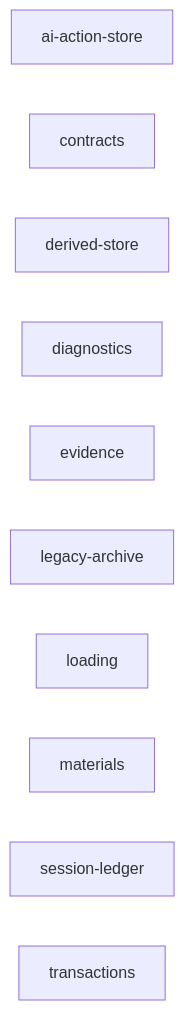
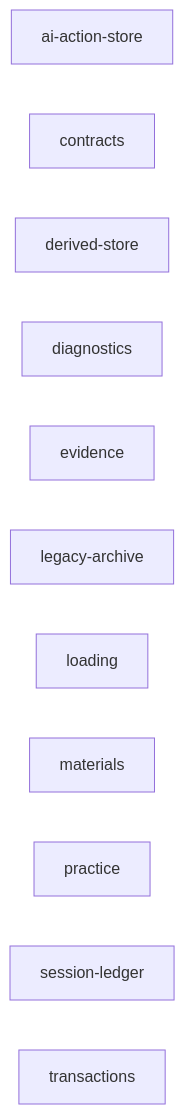
Before and after one commit to Aram164/LearningOS: the sixth of 7 diagrams in system/developer/C4.md, drawn with Mermaid. The commit also changed other lines of this file and 62 other files, not shown here.

````diff
--- a/system/developer/C4.md
+++ b/system/developer/C4.md
@@ -97,13 +97,14 @@
 ```mermaid
 flowchart LR
   ai_action_store["ai-action-store"]
   contracts["contracts"]
   derived_store["derived-store"]
   diagnostics["diagnostics"]
   evidence["evidence"]
   legacy_archive["legacy-archive"]
   loading["loading"]
   materials["materials"]
+  practice["practice"]
   session_ledger["session-ledger"]
   transactions["transactions"]
 ```
````
